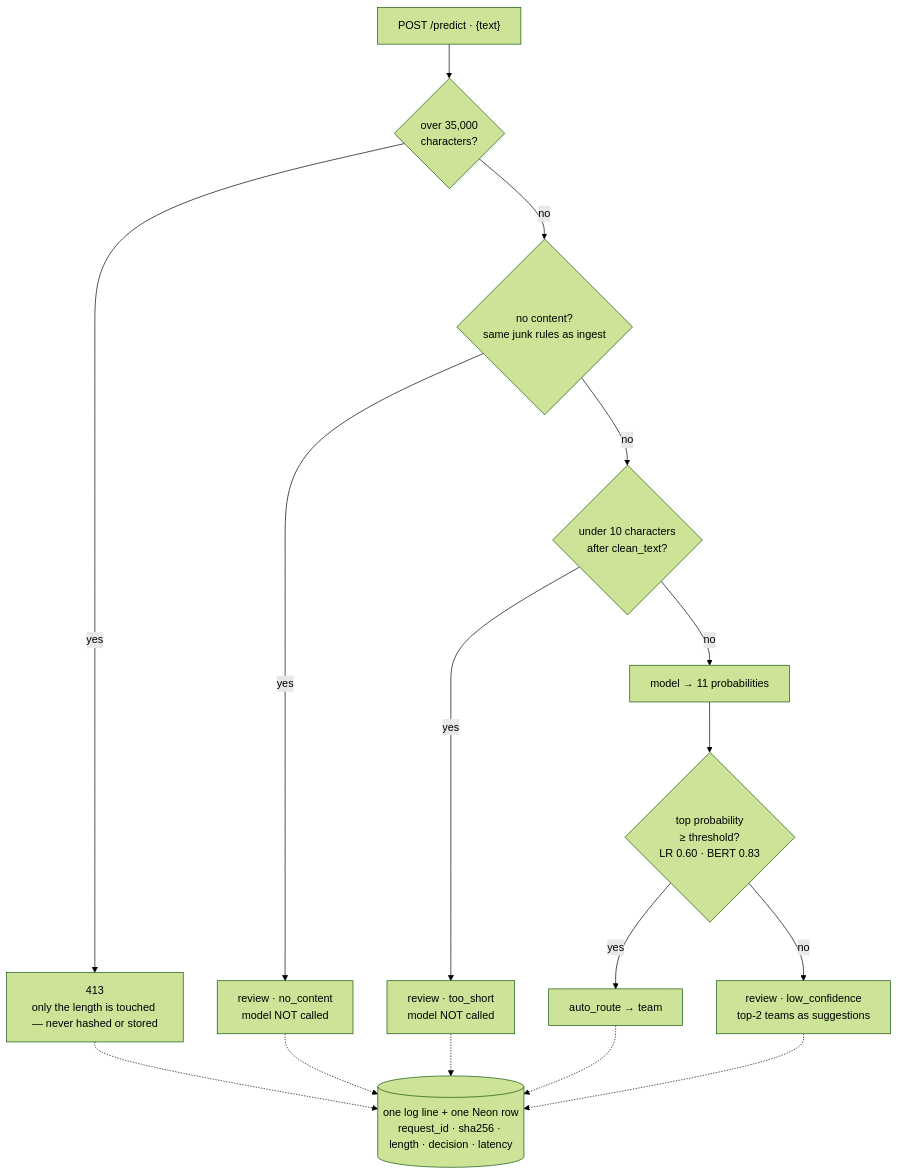
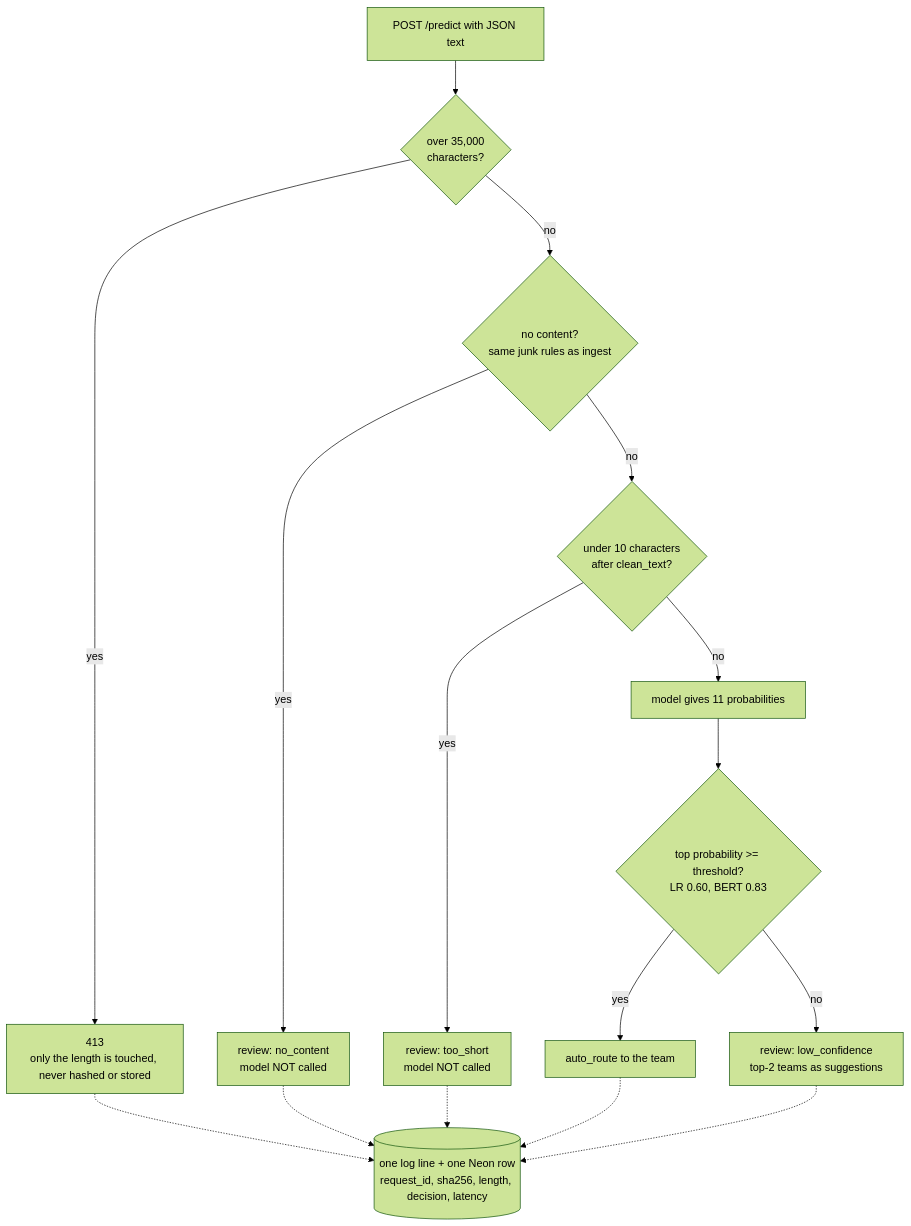
Before and after one commit to suvignan/Ticket-router: the second of 2 diagrams in README.md, drawn with Mermaid (forest theme). The commit also changed other lines of this file, not shown here.

Commit message:
README: Mermaid diagrams in GitHub-safe syntax

````diff
--- a/README.md
+++ b/README.md
@@ -103,14 +131,31 @@
 ```mermaid
 flowchart TD
-    REQ["POST /predict · {text}"] --> BIG{"over 35,000<br/>characters?"}
-    BIG -- yes --> E413["413<br/>only the length is touched — never hashed or stored"]
-    BIG -- no --> JUNK{"no content?<br/>same junk rules as ingest"}
-    JUNK -- yes --> RNC["review · no_content<br/>model NOT called"]
-    JUNK -- no --> SHORT{"under 10 characters<br/>after clean_text?"}
-    SHORT -- yes --> RTS["review · too_short<br/>model NOT called"]
-    SHORT -- no --> MODEL["model → 11 probabilities"]
-    MODEL --> CONF{"top probability<br/>≥ threshold?<br/>LR 0.60 · BERT 0.83"}
-    CONF -- yes --> AUTO["auto_route → team"]
-    CONF -- no --> RLC["review · low_confidence<br/>top-2 teams as suggestions"]
-    E413 & RNC & RTS & AUTO & RLC -.-> LOG[("one log line + one Neon row<br/>request_id · sha256 · length · decision · latency")]
+    REQ["POST /predict with JSON text"]
+    BIG{"over 35,000<br/>characters?"}
+    E413["413<br/>only the length is touched, never hashed or stored"]
+    JUNK{"no content?<br/>same junk rules as ingest"}
+    RNC["review: no_content<br/>model NOT called"]
+    SHORT{"under 10 characters<br/>after clean_text?"}
+    RTS["review: too_short<br/>model NOT called"]
+    MODEL["model gives 11 probabilities"]
+    CONF{"top probability >= threshold?<br/>LR 0.60, BERT 0.83"}
+    AUTO["auto_route to the team"]
+    RLC["review: low_confidence<br/>top-2 teams as suggestions"]
+    LOG[("one log line + one Neon row<br/>request_id, sha256, length, decision, latency")]
+
+    REQ --> BIG
+    BIG -->|"yes"| E413
+    BIG -->|"no"| JUNK
+    JUNK -->|"yes"| RNC
+    JUNK -->|"no"| SHORT
+    SHORT -->|"yes"| RTS
+    SHORT -->|"no"| MODEL
+    MODEL --> CONF
+    CONF -->|"yes"| AUTO
+    CONF -->|"no"| RLC
+    E413 -.-> LOG
+    RNC -.-> LOG
+    RTS -.-> LOG
+    AUTO -.-> LOG
+    RLC -.-> LOG
 ```
````
